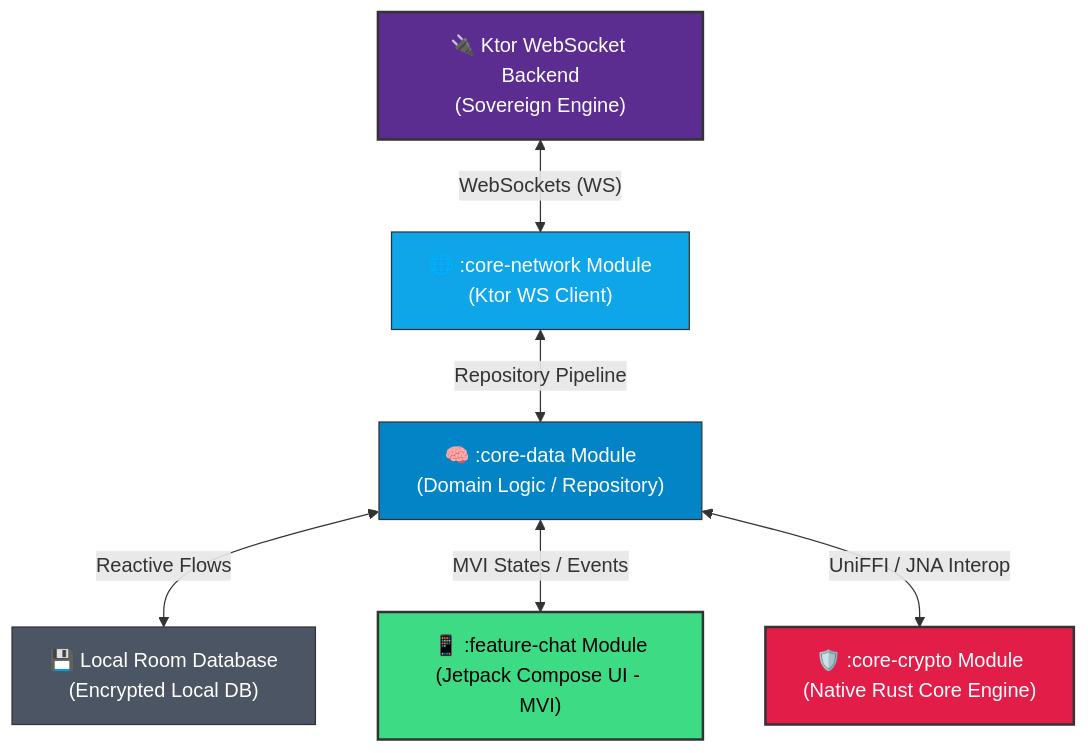
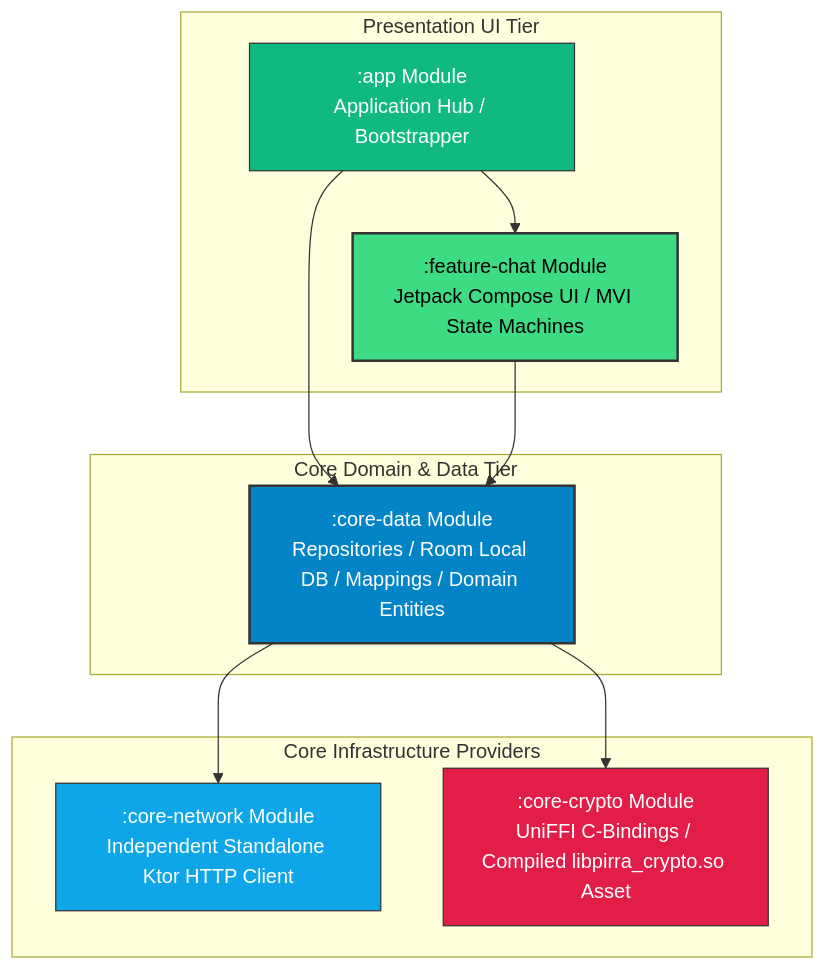
One commit to Zamboloq/Pirra changed the third of 3 diagrams in README.md. Above: the diagram before and after it, drawn with Mermaid. The commit also changed other lines of this file, not shown here.

Commit message:
Update README.md
Fixed diagrams.

````diff
--- a/README.md
+++ b/README.md
@@ -28,27 +144,33 @@
 ```mermaid
 graph TD
-    %% Define Server Nodes
-    KTOR["🔌 Ktor WebSocket Backend<br>(Sovereign Engine)"]
-    
-    %% Define Mobile Modules
-    NET["🌐 :core-network Module<br>(Ktor WS Client)"]
-    DATA["🧠 :core-data Module<br>(Domain Logic / Repository)"]
-    ROOM["💾 Local Room Database<br>(Encrypted Local DB)"]
-    UI["📱 :feature-chat Module<br>(Jetpack Compose UI - MVI)"]
-    RUST["🛡️ :core-crypto Module<br>(Native Rust Core Engine)"]
+    %% --- Presentation Tier ---
+    subgraph Presentation_Layer [Presentation UI Tier]
+        APP[":app Module<br>Application Hub / Bootstrapper"]
+        CHAT[":feature-chat Module<br>Jetpack Compose UI / MVI State Machines"]
+    end
 
-    %% Define Network and Architectural Flows
-    KTOR <-->|"WebSockets (WS)"| NET
-    NET <-->|"Repository Pipeline"| DATA
-    DATA <-->|"Reactive Flows"| ROOM
-    DATA <-->|"MVI States / Events"| UI
-    DATA <-->|"UniFFI / JNA Interop"| RUST
+    %% --- Centralized Domain & Data Domain Tier ---
+    subgraph Domain_And_Data [Core Domain & Data Tier]
+        DATA[":core-data Module<br>Repositories / Room Local DB / Mappings / Domain Entities"]
+    end
 
-    %% Styling Elements for Visual Anchors
-    style KTOR fill:#5C2D91,stroke:#333,stroke-width:2px,color:#fff
-    style RUST fill:#E11D48,stroke:#333,stroke-width:2px,color:#fff
-    style UI fill:#3DDC84,stroke:#333,stroke-width:2px,color:#000
-    style DATA fill:#0284C7,stroke:#333,stroke-width:1px,color:#fff
-    style ROOM fill:#4B5563,stroke:#333,stroke-width:1px,color:#fff
-    style NET fill:#0EA5E9,stroke:#333,stroke-width:1px,color:#fff
+    %% --- Infrastructure Providers Tier ---
+    subgraph Infrastructure_Layer [Core Infrastructure Providers]
+        NETWORK[":core-network Module<br>Independent Standalone Ktor HTTP Client"]
+        CRYPTO[":core-crypto Module<br>UniFFI C-Bindings / Compiled libpirra_crypto.so Asset"]
+    end
+
+    %% --- Dependency Vectors Execution Directions ---
+    APP --> CHAT
+    APP --> DATA
+    CHAT --> DATA
+    DATA --> NETWORK
+    DATA --> CRYPTO
+
+    %% --- Visual Node Color Scheme Adjustments ---
+    style APP fill:#10B981,stroke:#333,stroke-width:1px,color:#fff
+    style CHAT fill:#3DDC84,stroke:#333,stroke-width:2px,color:#000
+    style DATA fill:#0284C7,stroke:#333,stroke-width:2px,color:#fff
+    style NETWORK fill:#0EA5E9,stroke:#333,stroke-width:1px,color:#fff
+    style CRYPTO fill:#E11D48,stroke:#333,stroke-width:1px,color:#fff
 ```
````
